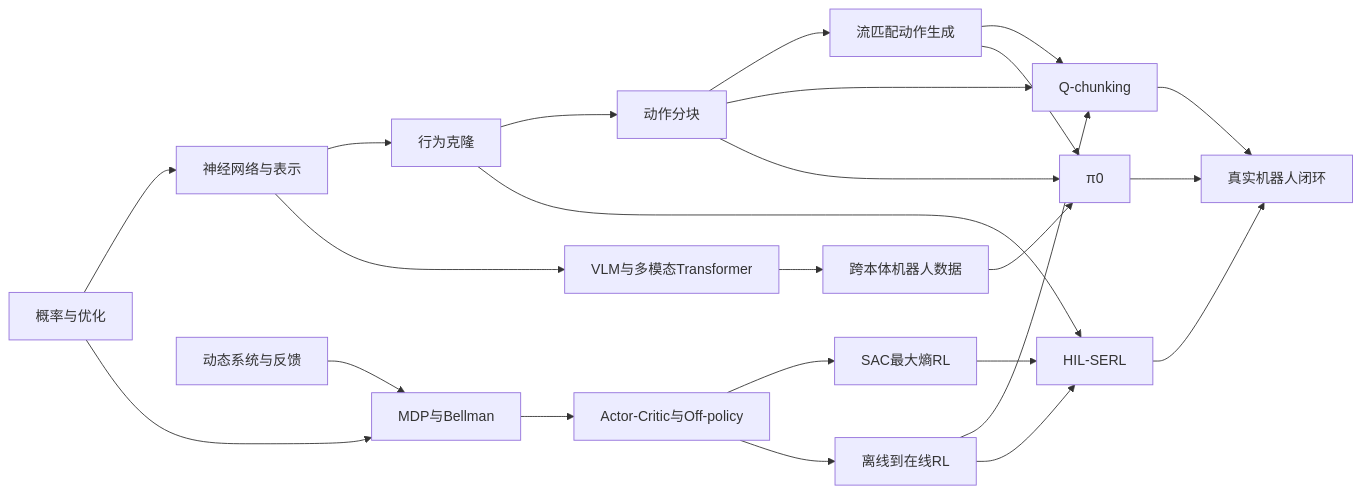
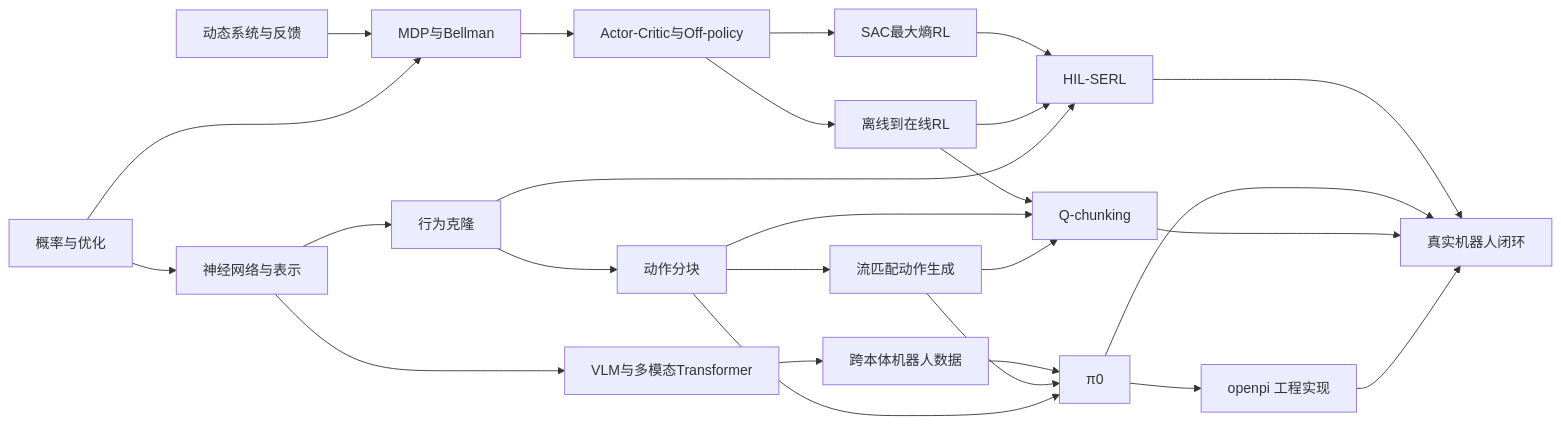
The diagram in references/Knowledge graph/05-knowledge-graph.md (Koooki3/PINE-Lab-workspace), drawn with Mermaid before and after one commit. The commit also changed other lines of this file and 33 other files, not shown here.

````diff
--- a/references/Knowledge graph/05-knowledge-graph.md
+++ b/references/Knowledge graph/05-knowledge-graph.md
@@ -5,26 +5,28 @@
 ```mermaid
 flowchart LR
   A[概率与优化] --> B[神经网络与表示]
   C[动态系统与反馈] --> D[MDP与Bellman]
   A --> D
   D --> E[Actor-Critic与Off-policy]
   E --> F[SAC最大熵RL]
   B --> G[行为克隆]
   G --> H[动作分块]
   H --> I[流匹配动作生成]
   E --> J[离线到在线RL]
   J --> K[Q-chunking]
   H --> K
   I --> K
   F --> L[HIL-SERL]
   J --> L
   G --> L
   B --> M[VLM与多模态Transformer]
   M --> N[跨本体机器人数据]
   N --> O[π0]
   I --> O
   H --> O
   L --> P[真实机器人闭环]
   O --> P
   K --> P
+  O --> Q[openpi 工程实现]
+  Q --> P
 ```
````
